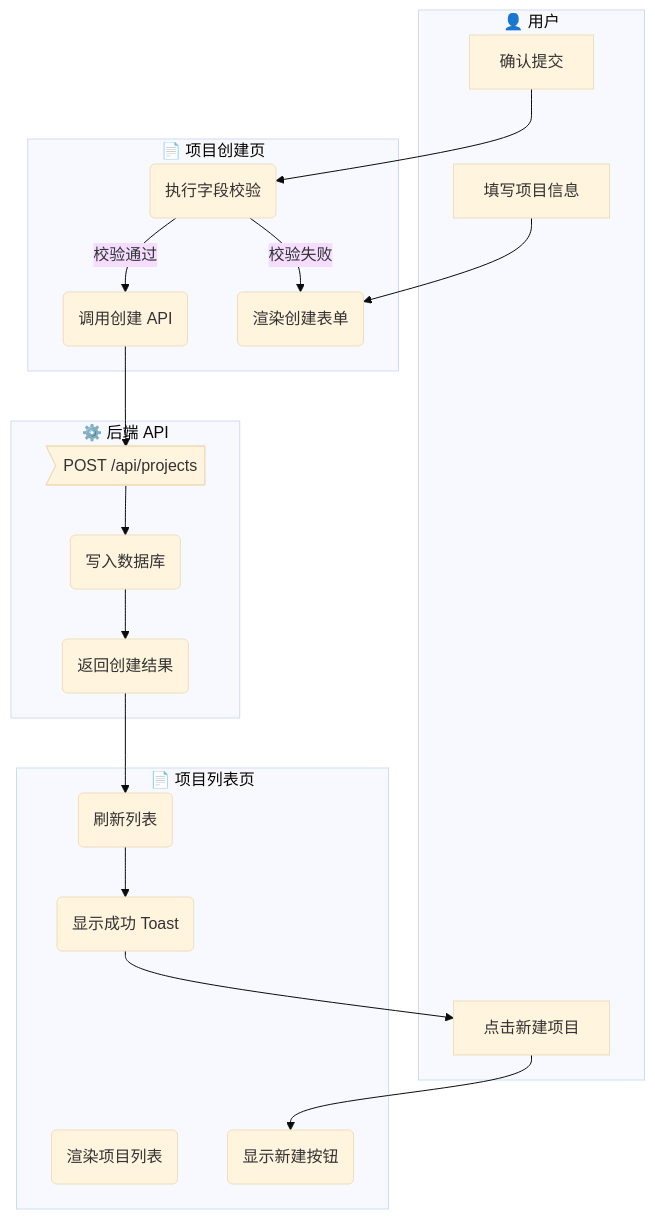
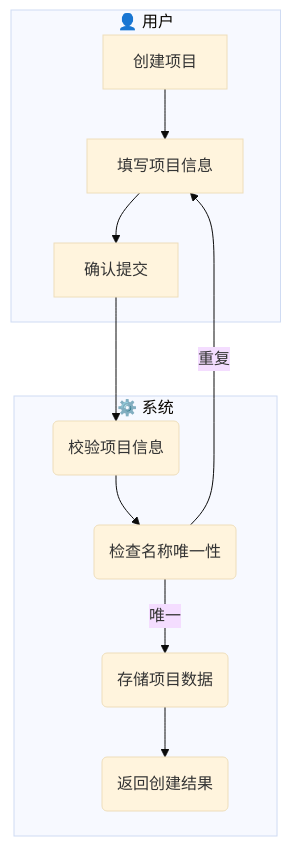
The first of 3 diagrams in docs/03-prd-ux/prd-convention.md (kai-cui1/ai-prototype-manager), drawn with Mermaid (base theme) before and after one commit. The commit also changed other lines of this file and 144 other files, not shown here.

````diff
--- a/docs/03-prd-ux/prd-convention.md
+++ b/docs/03-prd-ux/prd-convention.md
@@ -139,36 +150,20 @@
 ```mermaid
 flowchart TD
     subgraph User["👤 用户"]
-        U1[点击新建项目]
+        U1[创建项目]
         U2[填写项目信息]
         U3[确认提交]
     end
 
-    subgraph Page_ProjectList["📄 项目列表页"]
-        P1(渲染项目列表)
-        P2(显示新建按钮)
-        P3(刷新列表)
-        P3a(显示成功 Toast)
+    subgraph System["⚙️ 系统"]
+        S1(校验项目信息)
+        S2(检查名称唯一性)
+        S3(存储项目数据)
+        S4(返回创建结果)
     end
 
-    subgraph Page_ProjectForm["📄 项目创建页"]
-        F1(渲染创建表单)
-        F2(执行字段校验)
-        F3(调用创建 API)
-    end
-
-    subgraph API["⚙️ 后端 API"]
-        A1>POST /api/projects]
-        A2(写入数据库)
-        A3(返回创建结果)
-    end
-
-    U1 --> P2
-    U2 --> F1
-    U3 --> F2
-    F2 --> |校验通过| F3
-    F2 --> |校验失败| F1
-    F3 --> A1
-    A1 --> A2 --> A3
-    A3 --> P3 --> P3a --> U1
+    U1 --> U2 --> U3 --> S1
+    S1 --> S2
+    S2 --> |唯一| S3 --> S4
+    S2 --> |重复| U2
 ```
````
